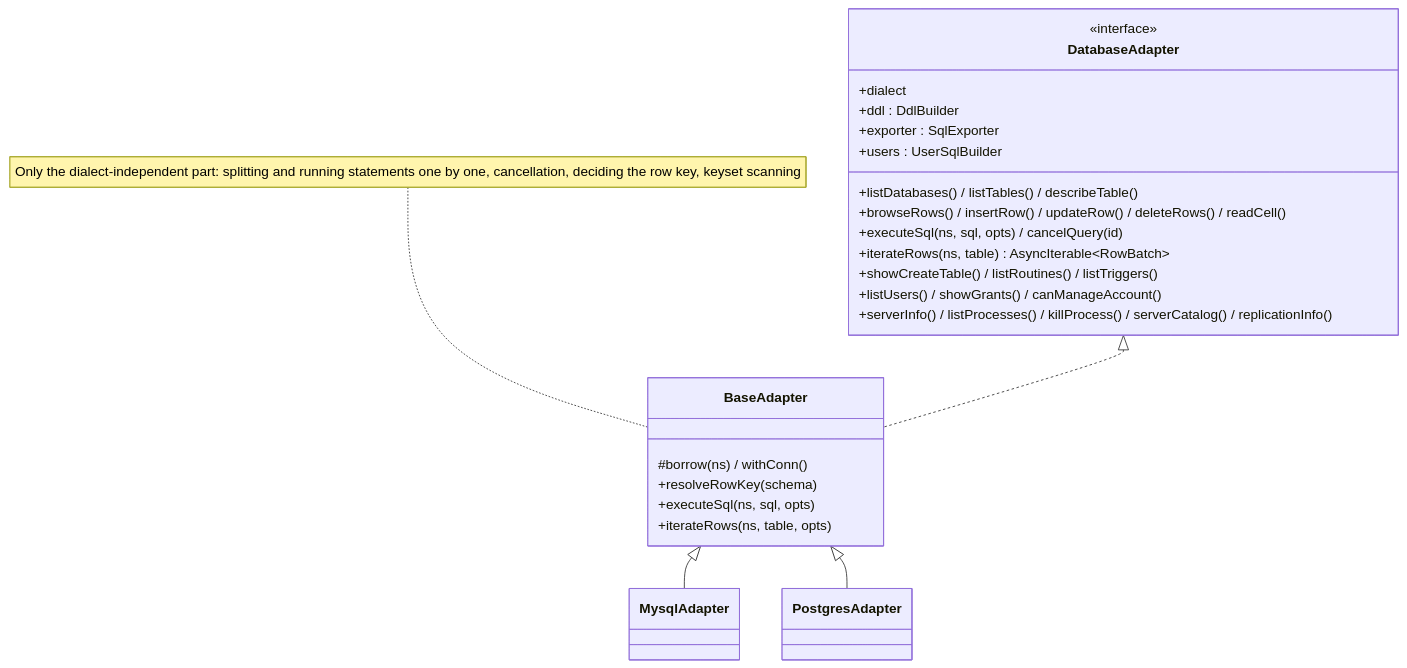
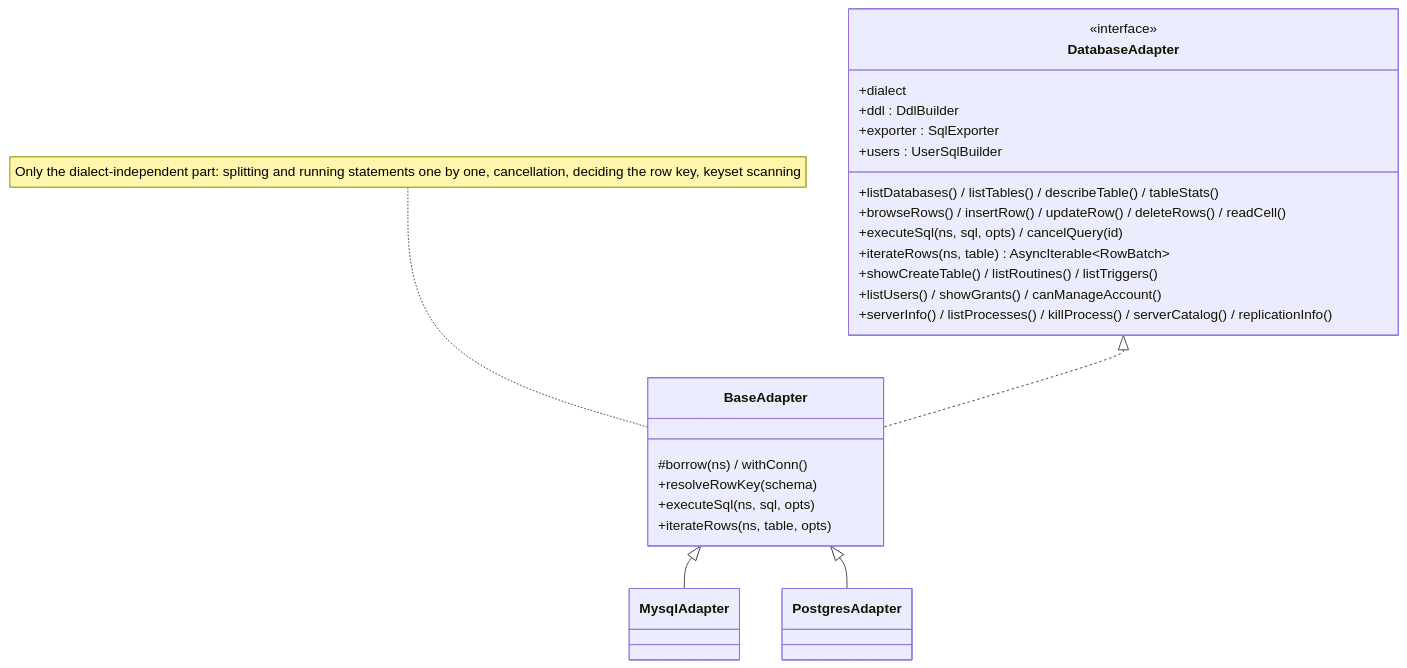
The third of 11 diagrams in docs/en/architecture.md (ip-san/tsmyadmin), drawn with Mermaid before and after one commit. The commit also changed other lines of this file and 27 other files, not shown here.

````diff
--- a/docs/en/architecture.md
+++ b/docs/en/architecture.md
@@ -74,29 +74,29 @@
 ```mermaid
 classDiagram
   class DatabaseAdapter {
     <<interface>>
     +dialect
-    +listDatabases() / listTables() / describeTable()
+    +listDatabases() / listTables() / describeTable() / tableStats()
     +browseRows() / insertRow() / updateRow() / deleteRows() / readCell()
     +executeSql(ns, sql, opts) / cancelQuery(id)
     +iterateRows(ns, table) AsyncIterable~RowBatch~
     +showCreateTable() / listRoutines() / listTriggers()
     +listUsers() / showGrants() / canManageAccount()
     +serverInfo() / listProcesses() / killProcess() / serverCatalog() / replicationInfo()
     +ddl : DdlBuilder
     +exporter : SqlExporter
     +users : UserSqlBuilder
   }
   class BaseAdapter {
     #borrow(ns) / withConn()
     +resolveRowKey(schema)
     +executeSql(ns, sql, opts)
     +iterateRows(ns, table, opts)
   }
   note for BaseAdapter "Only the dialect-independent part: splitting and running statements one by one, cancellation, deciding the row key, keyset scanning"
   class MysqlAdapter
   class PostgresAdapter
   DatabaseAdapter <|.. BaseAdapter
   BaseAdapter <|-- MysqlAdapter
   BaseAdapter <|-- PostgresAdapter
 ```
````
